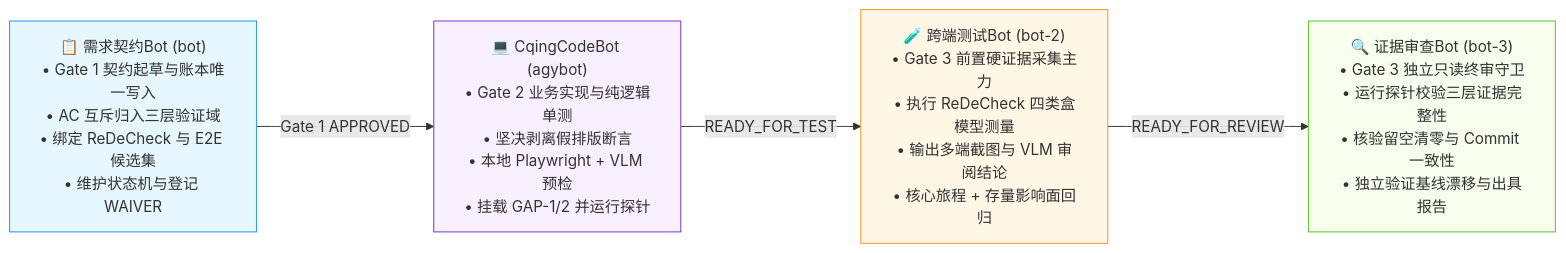
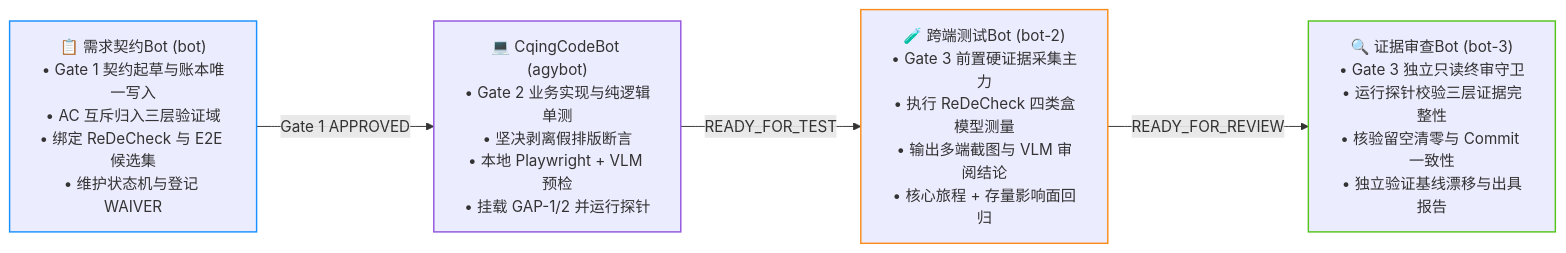
One commit to heycqing/orca-dev-squad changed the fifth of 5 diagrams in _shared/研发测试小分队交付协议演进对比报告（v1.0至v1.4）.md. Above: the diagram before and after it, drawn with Mermaid. The commit also changed other lines of this file, not shown here.

````diff
--- a/_shared/研发测试小分队交付协议演进对比报告（v1.0至v1.4）.md
+++ b/_shared/研发测试小分队交付协议演进对比报告（v1.0至v1.4）.md
@@ -307,16 +301,16 @@
 ```mermaid
 flowchart LR
     B1["📋 需求契约Bot (bot)<br/>• Gate 1 契约起草与账本唯一写入<br/>• AC 互斥归入三层验证域<br/>• 绑定 ReDeCheck 与 E2E 候选集<br/>• 维护状态机与登记 WAIVER"]
     B2["💻 CqingCodeBot (agybot)<br/>• Gate 2 业务实现与纯逻辑单测<br/>• 坚决剥离假排版断言<br/>• 本地 Playwright + VLM 预检<br/>• 挂载 GAP-1/2 并运行探针"]
     B3["🧪 跨端测试Bot (bot-2)<br/>• Gate 3 前置硬证据采集主力<br/>• 执行 ReDeCheck 四类盒模型测量<br/>• 输出多端截图与 VLM 审阅结论<br/>• 核心旅程 + 存量影响面回归"]
     B4["🔍 证据审查Bot (bot-3)<br/>• Gate 3 独立只读终审守卫<br/>• 运行探针校验三层证据完整性<br/>• 核验留空清零与 Commit 一致性<br/>• 独立验证基线漂移与出具报告"]
 
     B1 -->|"Gate 1 APPROVED"| B2
     B2 -->|"READY_FOR_TEST"| B3
     B3 -->|"READY_FOR_REVIEW"| B4
 
-    style B1 fill:#e6f7ff,stroke:#1890ff,stroke-width:1px
-    style B2 fill:#f9f0ff,stroke:#722ed1,stroke-width:1px
-    style B3 fill:#fff7e6,stroke:#fa8c16,stroke-width:1px
-    style B4 fill:#f6ffed,stroke:#52c41a,stroke-width:1px
+    style B1 stroke:#1890ff,stroke-width:1.5px
+    style B2 stroke:#9254de,stroke-width:1.5px
+    style B3 stroke:#fa8c16,stroke-width:1.5px
+    style B4 stroke:#52c41a,stroke-width:1.5px
 ```
````
